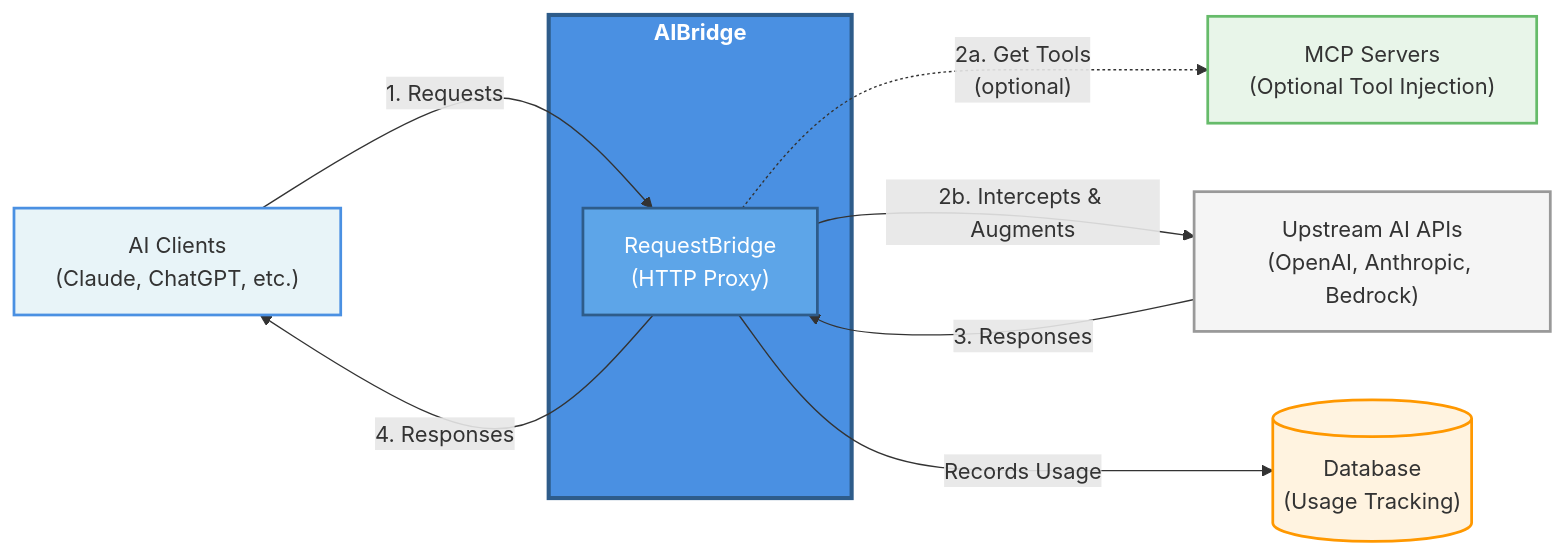
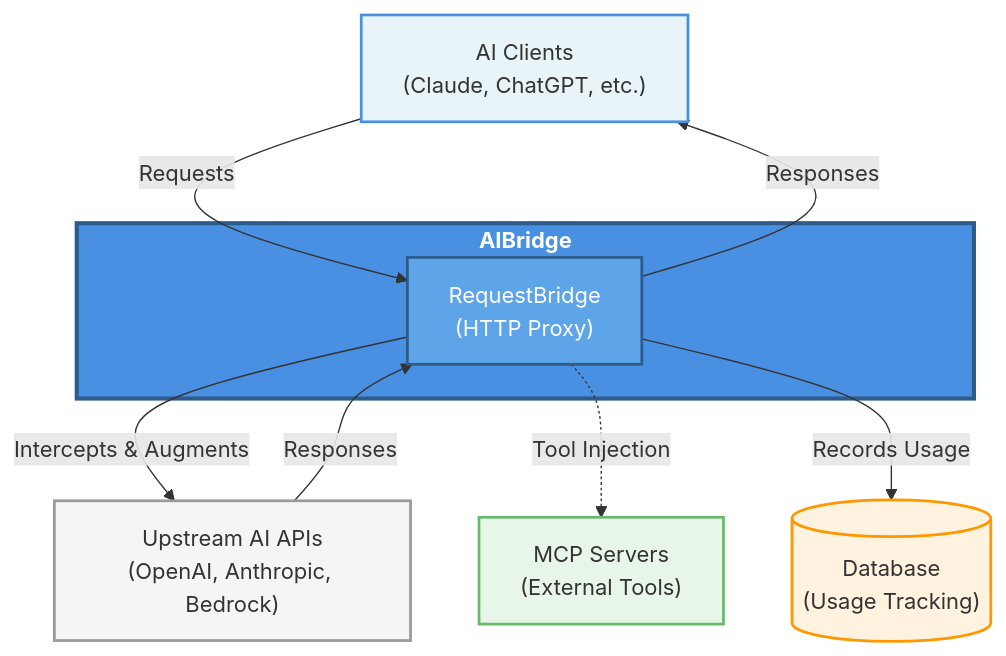
The diagram in README.md (coder/aibridge), drawn with Mermaid before and after one commit.

Commit message:
Restore diagram to original TB direction without numbers

````diff
--- a/README.md
+++ b/README.md
@@ -20,26 +20,26 @@
 ```mermaid
-graph LR
+graph TB
     Client["AI Clients<br/>(Claude, ChatGPT, etc.)"]
     
     subgraph aibridge["<b>AIBridge</b>"]
         Bridge["RequestBridge<br/>(HTTP Proxy)"]
     end
     
-    MCP["MCP Servers<br/>(Optional Tool Injection)"]
     APIs["Upstream AI APIs<br/>(OpenAI, Anthropic, Bedrock)"]
+    MCP["MCP Servers<br/>(External Tools)"]
     DB[("Database<br/>(Usage Tracking)")]
     
-    Client -->|"1. Requests"| Bridge
-    Bridge -.->|"2a. Get Tools<br/>(optional)"| MCP
-    Bridge -->|"2b. Intercepts & Augments"| APIs
+    Client -->|"Requests"| Bridge
+    Bridge -->|"Intercepts & Augments"| APIs
+    Bridge -.->|"Tool Injection"| MCP
     Bridge -->|"Records Usage"| DB
-    APIs -->|"3. Responses"| Bridge
-    Bridge -->|"4. Responses"| Client
+    APIs -->|"Responses"| Bridge
+    Bridge -->|"Responses"| Client
     
     style aibridge fill:#4A90E2,stroke:#2E5C8A,stroke-width:3px,color:#fff
     style Bridge fill:#5DA5E8,stroke:#2E5C8A,stroke-width:2px,color:#fff
     style Client fill:#E8F4F8,stroke:#4A90E2,stroke-width:2px
     style APIs fill:#F5F5F5,stroke:#999,stroke-width:2px
     style MCP fill:#E8F5E9,stroke:#66BB6A,stroke-width:2px
     style DB fill:#FFF3E0,stroke:#FF9800,stroke-width:2px
 ```
````
